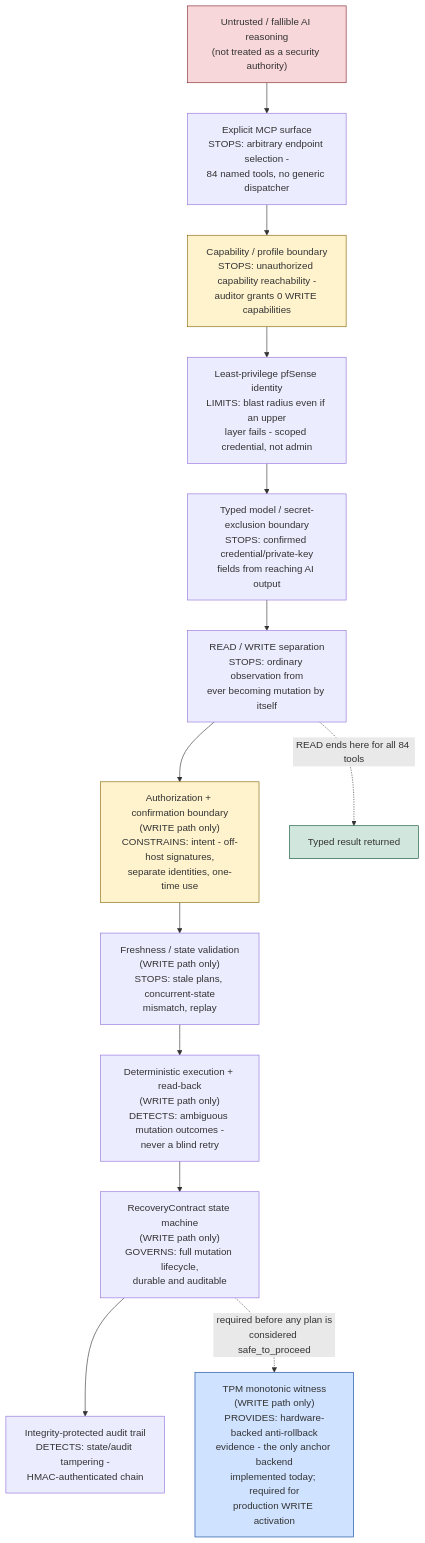
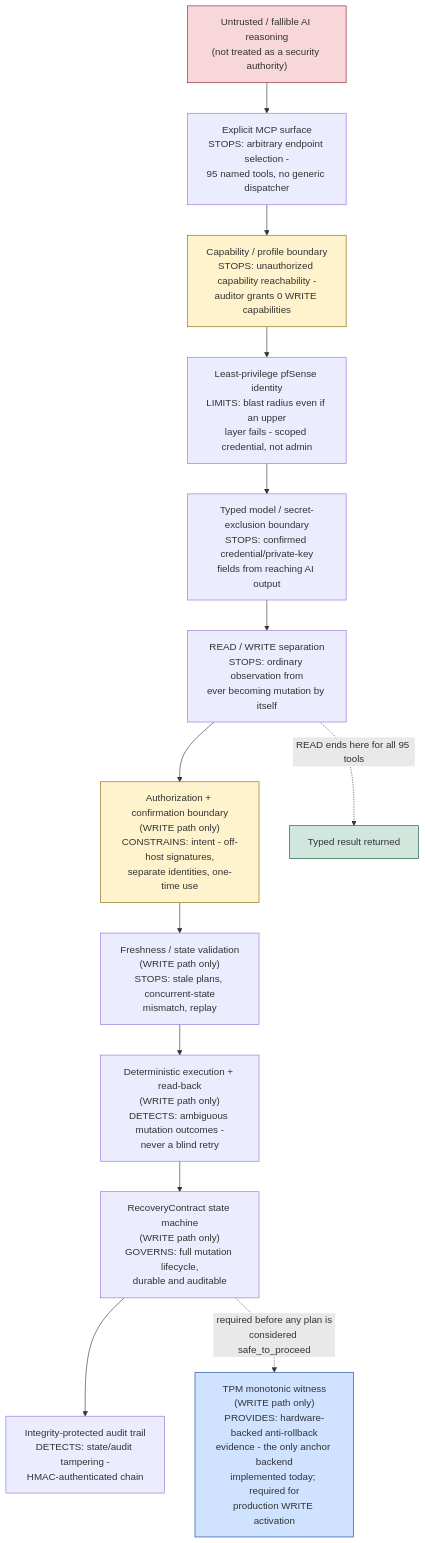
Before and after one commit to night4me/pfsense-mcp-server: the tenth of 10 diagrams in docs/ARCHITECTURE_DIAGRAMS.md, drawn with Mermaid. The commit also changed other lines of this file and 15 other files, not shown here.

````diff
--- a/docs/ARCHITECTURE_DIAGRAMS.md
+++ b/docs/ARCHITECTURE_DIAGRAMS.md
@@ -286,27 +286,27 @@
 ```mermaid
 flowchart TD
     AI["Untrusted / fallible AI reasoning<br/>(not treated as a security authority)"]
 
-    L1["Explicit MCP surface<br/>STOPS: arbitrary endpoint selection -<br/>84 named tools, no generic dispatcher"]
+    L1["Explicit MCP surface<br/>STOPS: arbitrary endpoint selection -<br/>95 named tools, no generic dispatcher"]
     L2["Capability / profile boundary<br/>STOPS: unauthorized capability reachability -<br/>auditor grants 0 WRITE capabilities"]
     L3["Least-privilege pfSense identity<br/>LIMITS: blast radius even if an upper<br/>layer fails - scoped credential, not admin"]
     L4["Typed model / secret-exclusion boundary<br/>STOPS: confirmed credential/private-key<br/>fields from reaching AI output"]
     L5["READ / WRITE separation<br/>STOPS: ordinary observation from<br/>ever becoming mutation by itself"]
     L6["Authorization + confirmation boundary<br/>(WRITE path only)<br/>CONSTRAINS: intent - off-host signatures,<br/>separate identities, one-time use"]
     L7["Freshness / state validation<br/>(WRITE path only)<br/>STOPS: stale plans, concurrent-state<br/>mismatch, replay"]
     L8["Deterministic execution + read-back<br/>(WRITE path only)<br/>DETECTS: ambiguous mutation outcomes -<br/>never a blind retry"]
     L9["RecoveryContract state machine<br/>(WRITE path only)<br/>GOVERNS: full mutation lifecycle,<br/>durable and auditable"]
     L10["Integrity-protected audit trail<br/>DETECTS: state/audit tampering -<br/>HMAC-authenticated chain"]
     L11["TPM monotonic witness<br/>(WRITE path only)<br/>PROVIDES: hardware-backed anti-rollback<br/>evidence - the only anchor backend<br/>implemented today; required for<br/>production WRITE activation"]
 
     AI --> L1 --> L2 --> L3 --> L4 --> L5
-    L5 -.->|"READ ends here for all 84 tools"| Done["Typed result returned"]
+    L5 -.->|"READ ends here for all 95 tools"| Done["Typed result returned"]
     L5 --> L6 --> L7 --> L8 --> L9 --> L10
     L9 -. "required before any plan is<br/>considered safe_to_proceed" .-> L11
 
     style AI fill:#f8d7da,stroke:#842029
     style L2 fill:#fff3cd,stroke:#856404
     style L6 fill:#fff3cd,stroke:#856404
     style Done fill:#d1e7dd,stroke:#0f5132
     style L11 fill:#cfe2ff,stroke:#084298
 ```
````
